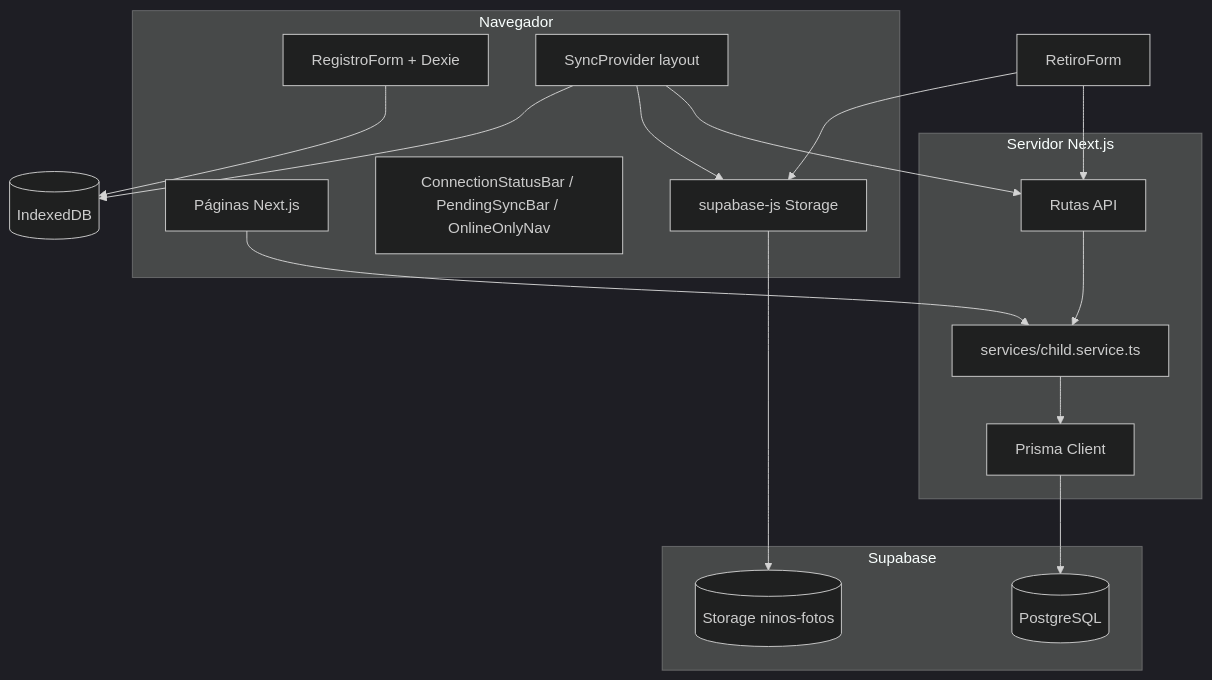
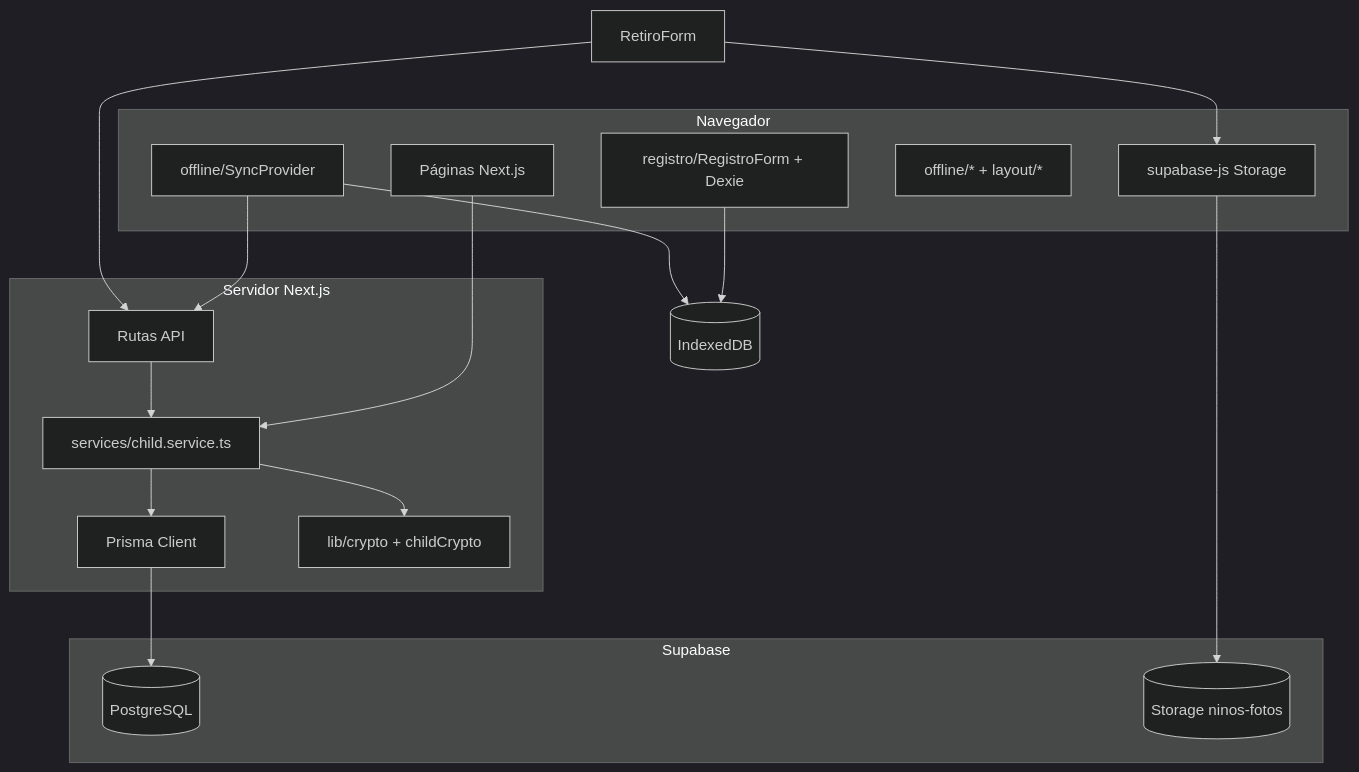
One commit to Acosta-Armando/ninos-a-salvo changed the diagram in docs/arquitectura.md. Above: the diagram before and after it, drawn with Mermaid (dark theme). The commit also changed other lines of this file and 76 other files, not shown here.

````diff
--- a/docs/arquitectura.md
+++ b/docs/arquitectura.md
@@ -20,33 +21,34 @@
 ```mermaid
 flowchart TB
   subgraph browser [Navegador]
     Pages[Páginas Next.js]
-    Registro[RegistroForm + Dexie]
-    Sync[SyncProvider layout]
-    OfflineUI[ConnectionStatusBar / PendingSyncBar / OnlineOnlyNav]
+    Registro[registro/RegistroForm + Dexie]
+    Sync[offline/SyncProvider]
+    OfflineUI[offline/* + layout/*]
     StorageClient[supabase-js Storage]
   end
 
   subgraph next [Servidor Next.js]
     API[Rutas API]
     Services[services/child.service.ts]
     Prisma[Prisma Client]
+    Crypto[lib/crypto + childCrypto]
   end
 
   subgraph supabase [Supabase]
     PG[(PostgreSQL)]
     Bucket[(Storage ninos-fotos)]
   end
 
   Pages --> Services
   API --> Services
   Services --> Prisma
+  Services --> Crypto
   Prisma --> PG
   Registro --> Dexie[(IndexedDB)]
   Sync --> Dexie
-  Sync --> StorageClient
   Sync --> API
   StorageClient --> Bucket
-  RetiroForm[RetiroForm] --> StorageClient
-  RetiroForm --> API
+  ninos[RetiroForm] --> StorageClient
+  ninos --> API
 ```
````
